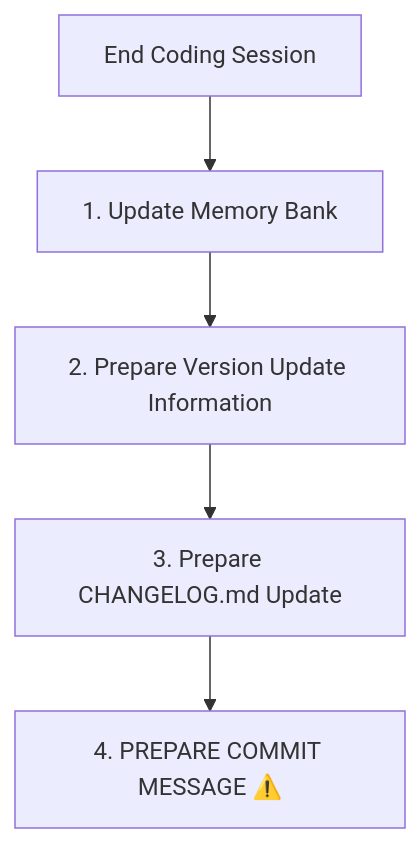
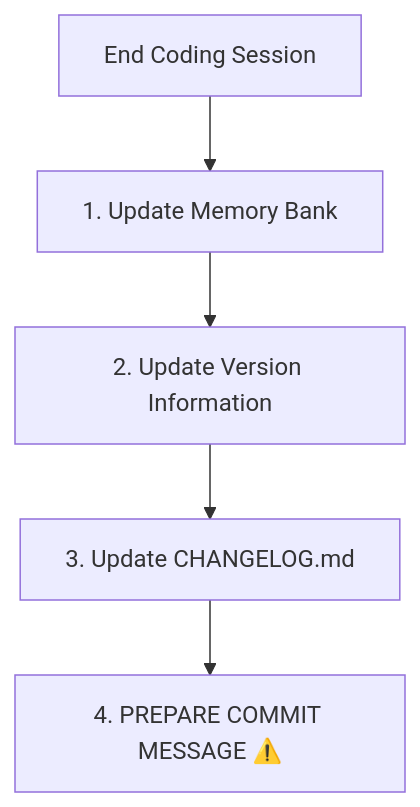
The fourth of 4 diagrams in docs/custom_instructions.md (AstroMined/debtonator), drawn with Mermaid before and after one commit. The commit also changed other lines of this file and 8 other files, not shown here.

First line of the commit message:
Fix schema test failures for account and deposit schedule schemas (v0.5.125)

````diff
--- a/docs/custom_instructions.md
+++ b/docs/custom_instructions.md
@@ -86,7 +138,7 @@
 ```mermaid
 flowchart TD
     Start[End Coding Session] --> MB[1. Update Memory Bank]
-    MB --> V[2. Prepare Version Update Information]
-    V --> CL[3. Prepare CHANGELOG.md Update]
+    MB --> V[2. Update Version Information]
+    V --> CL[3. Update CHANGELOG.md]
     CL --> R[4. PREPARE COMMIT MESSAGE ⚠️]
 ```
````
